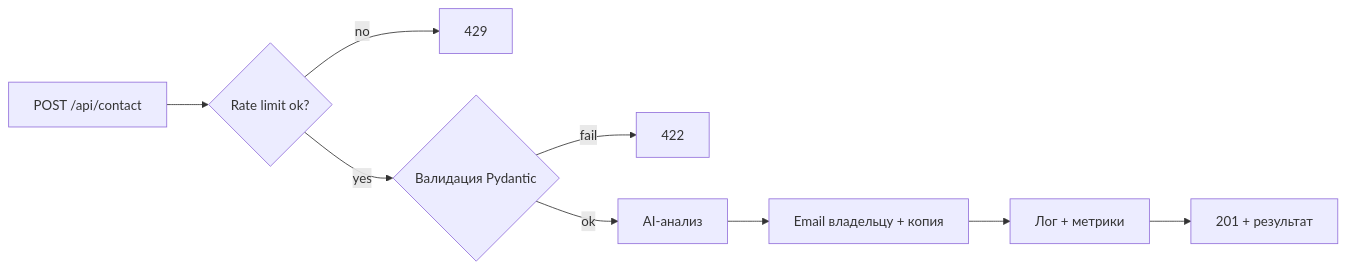
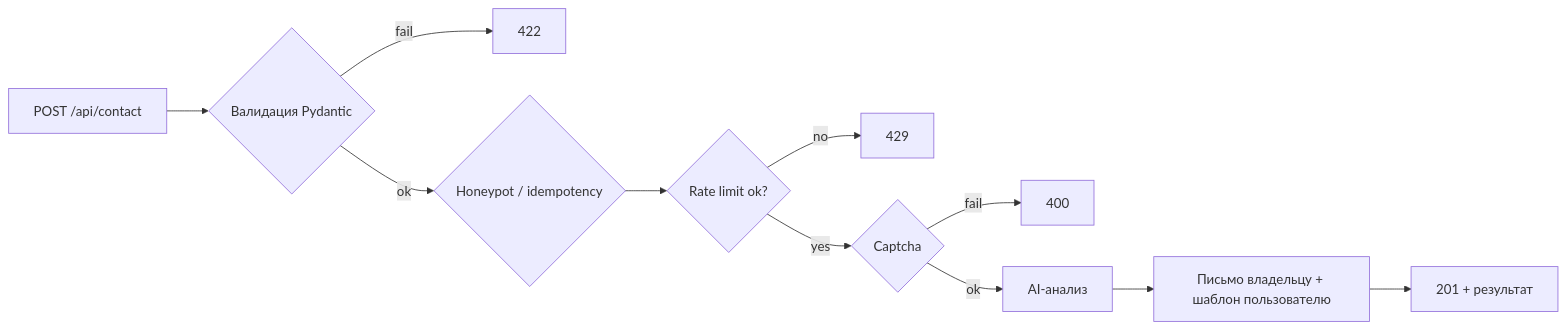
One commit to dalem-732/landing-contact changed the first of 2 diagrams in README.md. Above: the diagram before and after it, drawn with Mermaid. The commit also changed other lines of this file and 48 other files, not shown here.

Commit message:
Harden contact form, health, and email delivery

````diff
--- a/README.md
+++ b/README.md
@@ -214,11 +219,13 @@
 ```mermaid
 flowchart LR
-  A[POST /api/contact] --> B{Rate limit ok?}
+  A[POST /api/contact] --> V{Валидация Pydantic}
+  V -->|fail| E422[422]
+  V -->|ok| H{Honeypot / idempotency}
+  H --> B{Rate limit ok?}
   B -->|no| E429[429]
-  B -->|yes| C{Валидация Pydantic}
-  C -->|fail| E422[422]
+  B -->|yes| C{Captcha}
+  C -->|fail| E400[400]
   C -->|ok| D[AI-анализ]
-  D --> F[Email владельцу + копия]
-  F --> G[Лог + метрики]
-  G --> R[201 + результат]
+  D --> F[Письмо владельцу + шаблон пользователю]
+  F --> R[201 + результат]
 ```
````
